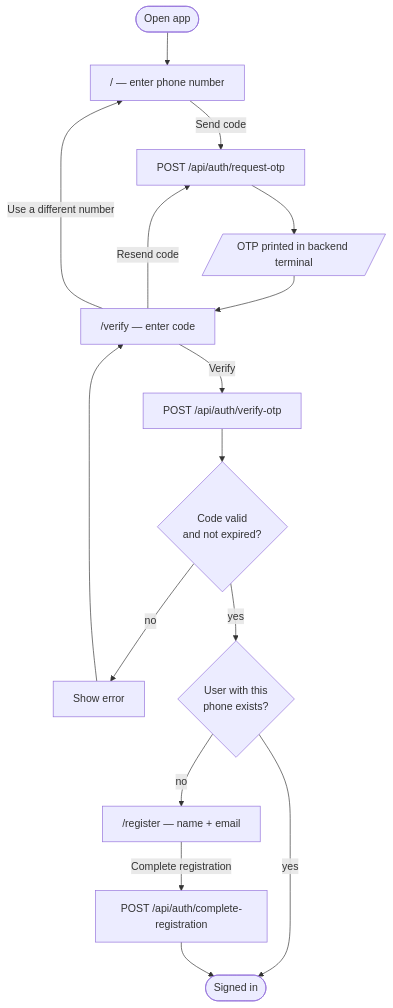
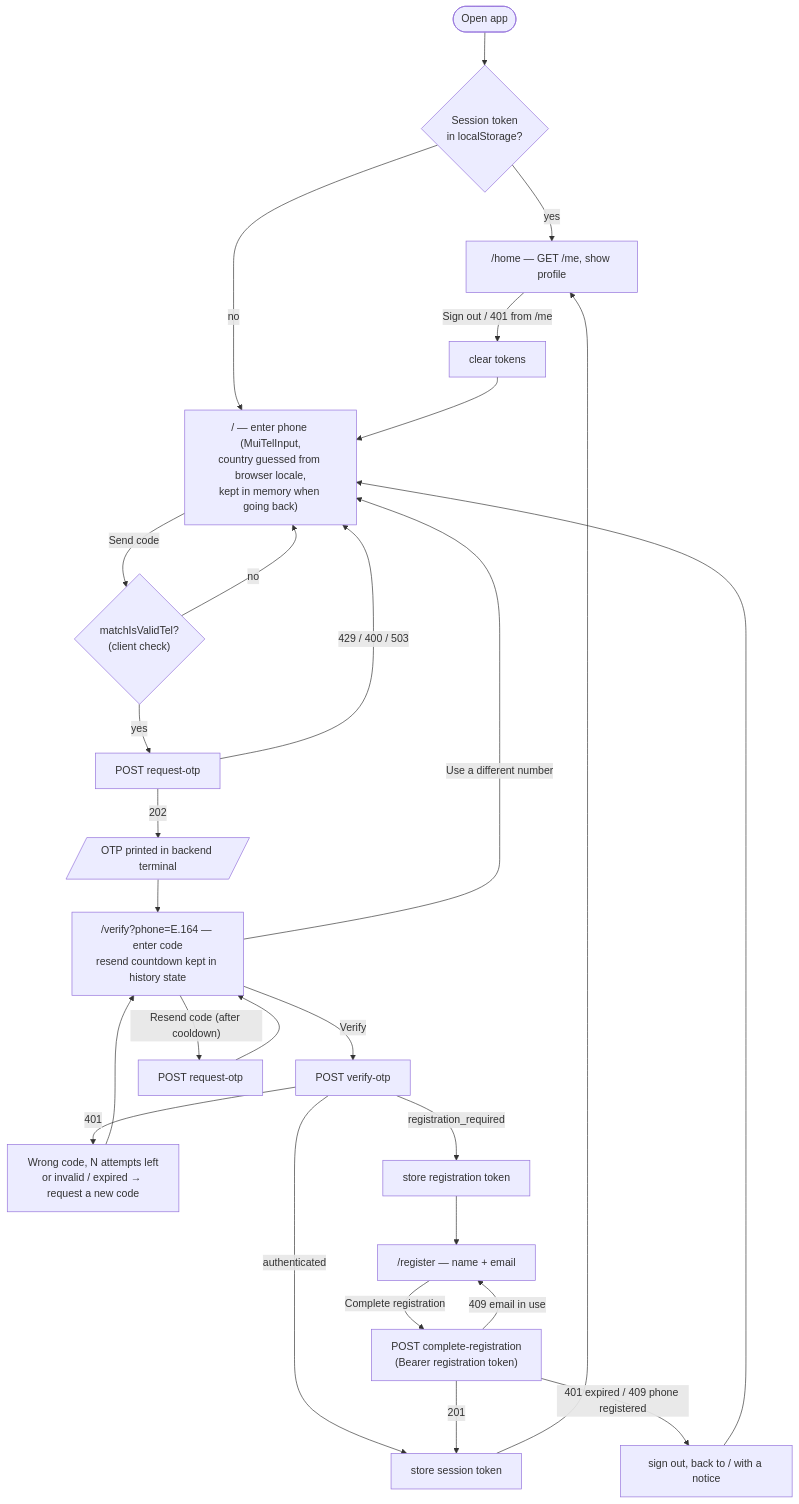
One commit to ormizj/OtpAuthAssessment changed the fourth of 10 diagrams in FLOW.md. Above: the diagram before and after it, drawn with Mermaid. The commit also changed other lines of this file and 2 other files, not shown here.

Commit message:
Document assumptions and update flow diagrams to the implemented app

````diff
--- a/FLOW.md
+++ b/FLOW.md
@@ -160,20 +121,29 @@
 ```mermaid
 flowchart TD
-    start(["Open app"]) --> login["/ — enter phone number"]
-    login -- "Send code" --> req["POST /api/auth/request-otp"]
-    req --> sms[/"OTP printed in backend terminal"/]
-    sms --> verify["/verify — enter code"]
+    start(["Open app"]) --> guest{"Session token<br/>in localStorage?"}
+    guest -- yes --> home
+    guest -- no --> login["/ — enter phone (MuiTelInput,<br/>country guessed from browser locale,<br/>kept in memory when going back)"]
 
-    verify -- "Verify" --> ver["POST /api/auth/verify-otp"]
-    ver --> valid{"Code valid<br/>and not expired?"}
-    valid -- no --> err["Show error"] --> verify
-    valid -- yes --> exists{"User with this<br/>phone exists?"}
+    login -- "Send code" --> check{"matchIsValidTel?<br/>(client check)"}
+    check -- no --> login
+    check -- yes --> req["POST request-otp"]
+    req -- "429 / 400 / 503" --> login
+    req -- "202" --> sms[/"OTP printed in backend terminal"/]
+    sms --> verify["/verify?phone=E.164 — enter code<br/>resend countdown kept in history state"]
 
-    exists -- yes --> done(["Signed in"])
-    exists -- no --> register["/register — name + email"]
-    register -- "Complete registration" --> reg["POST /api/auth/complete-registration"]
-    reg --> done
+    verify -- "Verify" --> ver["POST verify-otp"]
+    ver -- "401" --> err["Wrong code, N attempts left<br/>or invalid / expired → request a new code"] --> verify
+    ver -- "authenticated" --> signIn["store session token"] --> home
+    ver -- "registration_required" --> ticket["store registration token"] --> register["/register — name + email"]
 
-    verify -- "Resend code" --> req
+    register -- "Complete registration" --> reg["POST complete-registration<br/>(Bearer registration token)"]
+    reg -- "201" --> signIn
+    reg -- "409 email in use" --> register
+    reg -- "401 expired / 409 phone registered" --> notice["sign out, back to / with a notice"] --> login
+
+    verify -- "Resend code (after cooldown)" --> resend["POST request-otp"] --> verify
     verify -- "Use a different number" --> login
+
+    home["/home — GET /me, show profile"]
+    home -- "Sign out / 401 from /me" --> out["clear tokens"] --> login
 ```
````
